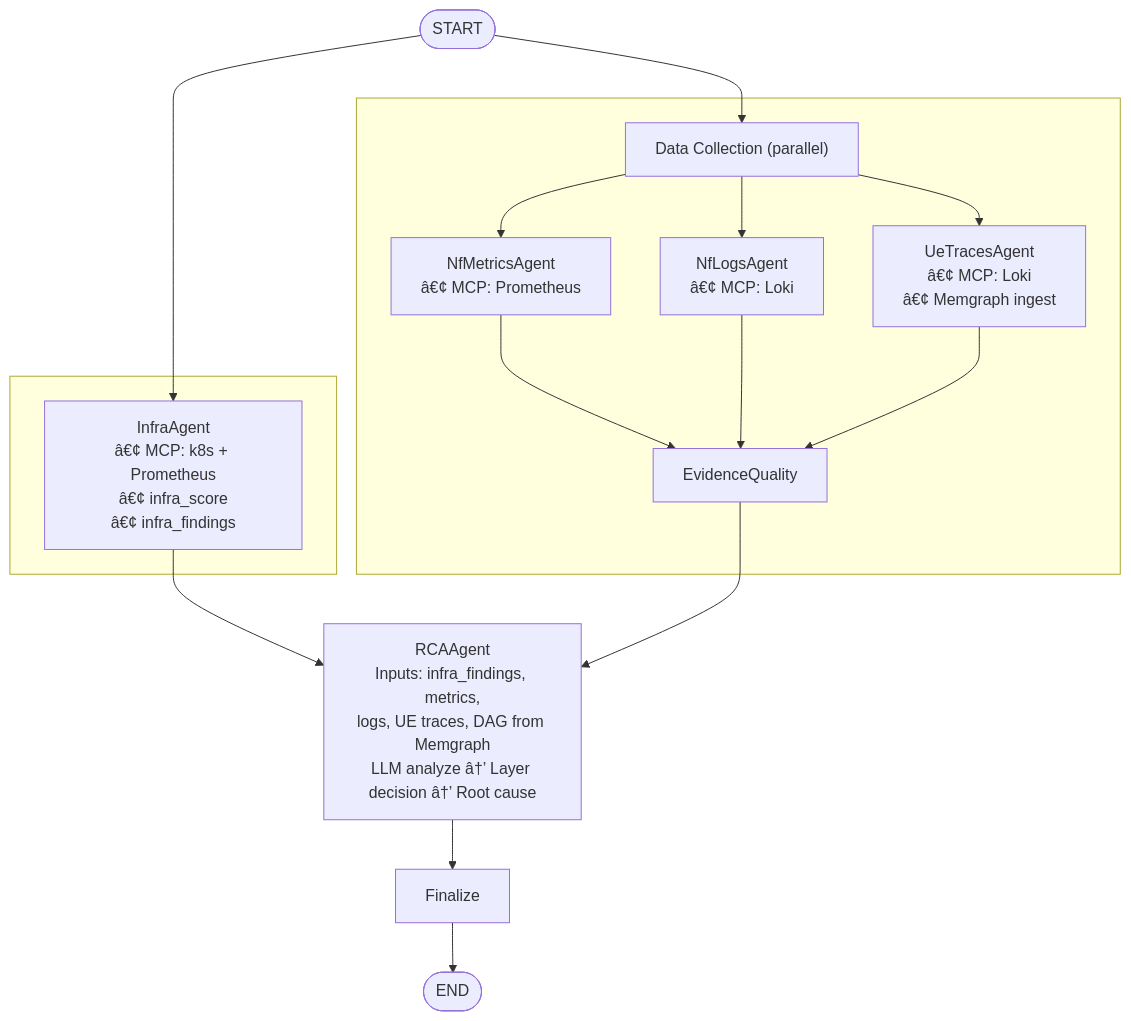
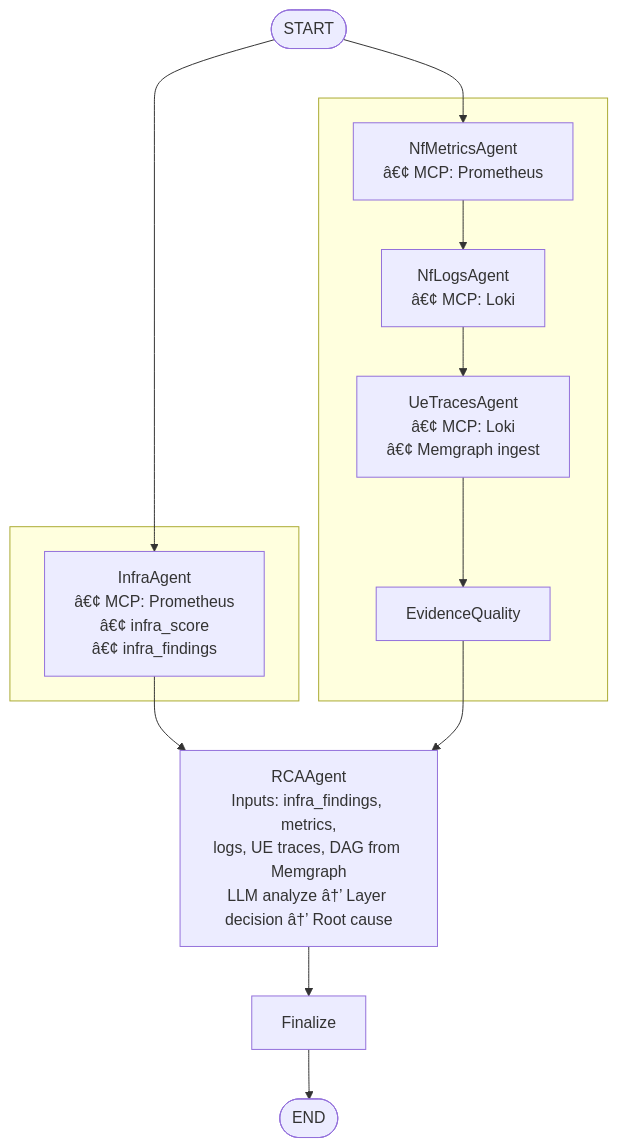
One commit to skapoula/5g-triage-agent changed the second of 2 diagrams in docs/triageagent_architecture_design2.md. Above: the diagram before and after it, drawn with Mermaid. The commit also changed other lines of this file and 2 other files, not shown here.

First line of the commit message:
docs: align architecture doc and diagrams with v3.2 implementation

````diff
--- a/docs/triageagent_architecture_design2.md
+++ b/docs/triageagent_architecture_design2.md
@@ -243,24 +252,23 @@
 ```mermaid
 flowchart TD
-    START(["START"]) --> INFRA & DATA
+    START(["START"]) --> INFRA & M
 
     subgraph left [" "]
-        INFRA["InfraAgent<br/>â€¢ MCP: k8s + Prometheus<br/>â€¢ infra_score<br/>â€¢ infra_findings"]
+        INFRA["InfraAgent<br/>â€¢ MCP: Prometheus<br/>â€¢ infra_score<br/>â€¢ infra_findings"]
     end
 
     subgraph right [" "]
-        DATA["Data Collection (parallel)"]
-        DATA --> M["NfMetricsAgent<br/>â€¢ MCP: Prometheus"]
-        DATA --> L["NfLogsAgent<br/>â€¢ MCP: Loki"]
-        DATA --> U["UeTracesAgent<br/>â€¢ MCP: Loki<br/>â€¢ Memgraph ingest"]
-        M & L & U --> EQ["EvidenceQuality"]
+        M["NfMetricsAgent<br/>â€¢ MCP: Prometheus"]
+        M --> L["NfLogsAgent<br/>â€¢ MCP: Loki"]
+        L --> U["UeTracesAgent<br/>â€¢ MCP: Loki<br/>â€¢ Memgraph ingest"]
+        U --> EQ["EvidenceQuality"]
     end
 
     INFRA --> RCA
     EQ --> RCA
 
     RCA["RCAAgent<br/>Inputs: infra_findings, metrics,<br/>logs, UE traces, DAG from Memgraph<br/>LLM analyze â†’ Layer decision â†’ Root cause"]
 
     RCA --> FIN["Finalize"]
     FIN --> END_NODE(["END"])
 ```
````
